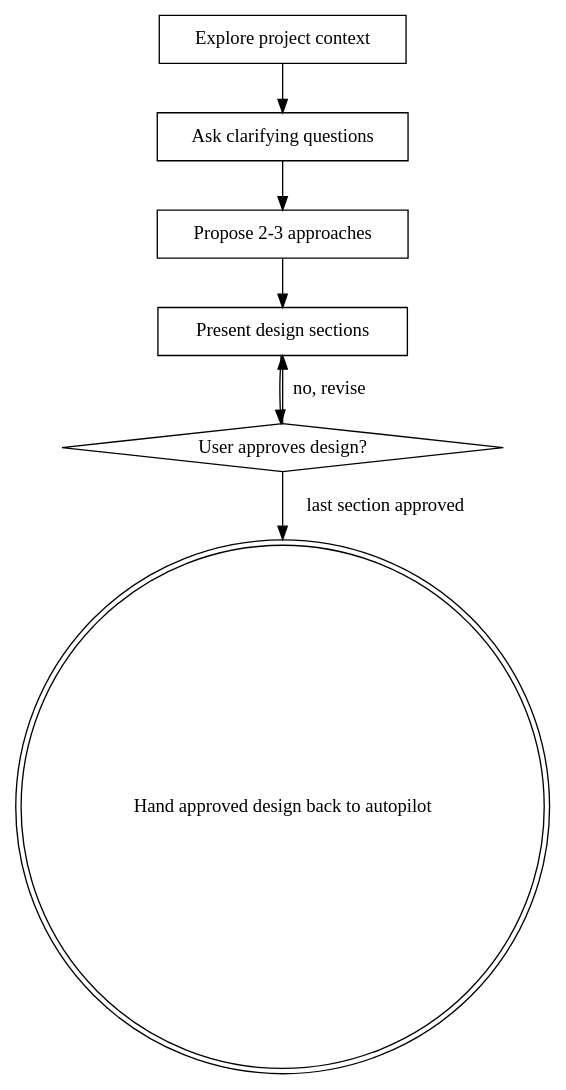
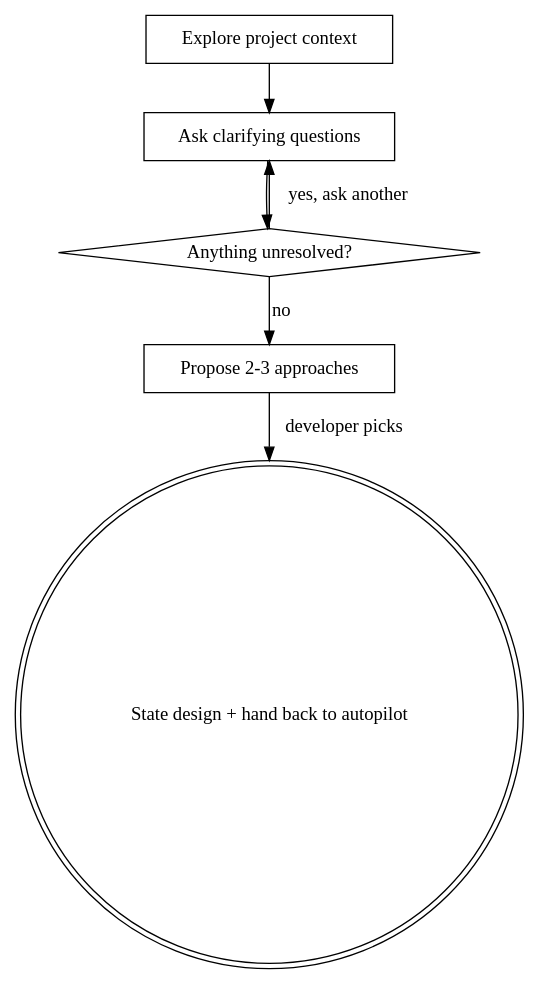
The diagram in plugins/autopilot/skills/autopilot-brainstorm/SKILL.md (BoTime/custom_toolkit), drawn with Graphviz before and after one commit. The commit also changed other lines of this file and 6 other files, not shown here.

````diff
--- a/plugins/autopilot/skills/autopilot-brainstorm/SKILL.md
+++ b/plugins/autopilot/skills/autopilot-brainstorm/SKILL.md
@@ -44,17 +49,15 @@
 ```dot
 digraph brainstorming {
     "Explore project context" [shape=box];
     "Ask clarifying questions" [shape=box];
+    "Anything unresolved?" [shape=diamond];
     "Propose 2-3 approaches" [shape=box];
-    "Present design sections" [shape=box];
-    "User approves design?" [shape=diamond];
-    "Hand approved design back to autopilot" [shape=doublecircle];
+    "State design + hand back to autopilot" [shape=doublecircle];
 
     "Explore project context" -> "Ask clarifying questions";
-    "Ask clarifying questions" -> "Propose 2-3 approaches";
-    "Propose 2-3 approaches" -> "Present design sections";
-    "Present design sections" -> "User approves design?";
-    "User approves design?" -> "Present design sections" [label="no, revise"];
-    "User approves design?" -> "Hand approved design back to autopilot" [label="last section approved"];
+    "Ask clarifying questions" -> "Anything unresolved?";
+    "Anything unresolved?" -> "Ask clarifying questions" [label="yes, ask another"];
+    "Anything unresolved?" -> "Propose 2-3 approaches" [label="no"];
+    "Propose 2-3 approaches" -> "State design + hand back to autopilot" [label="developer picks"];
 }
 ```
````
